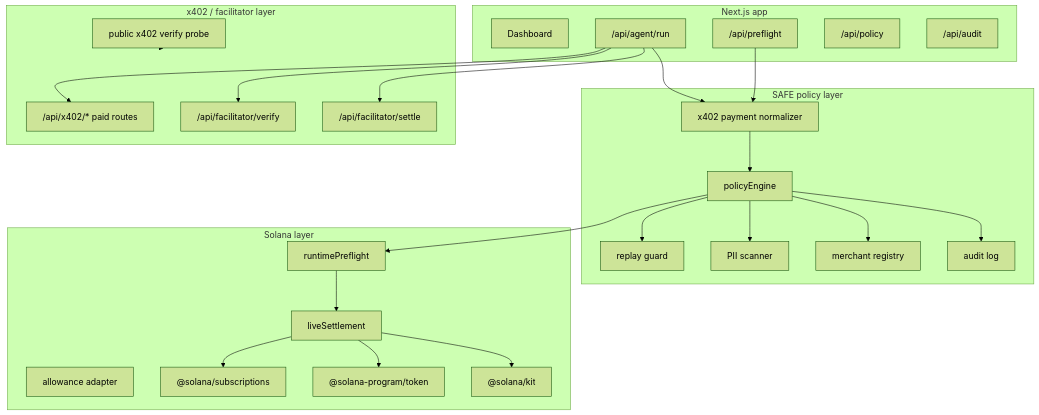
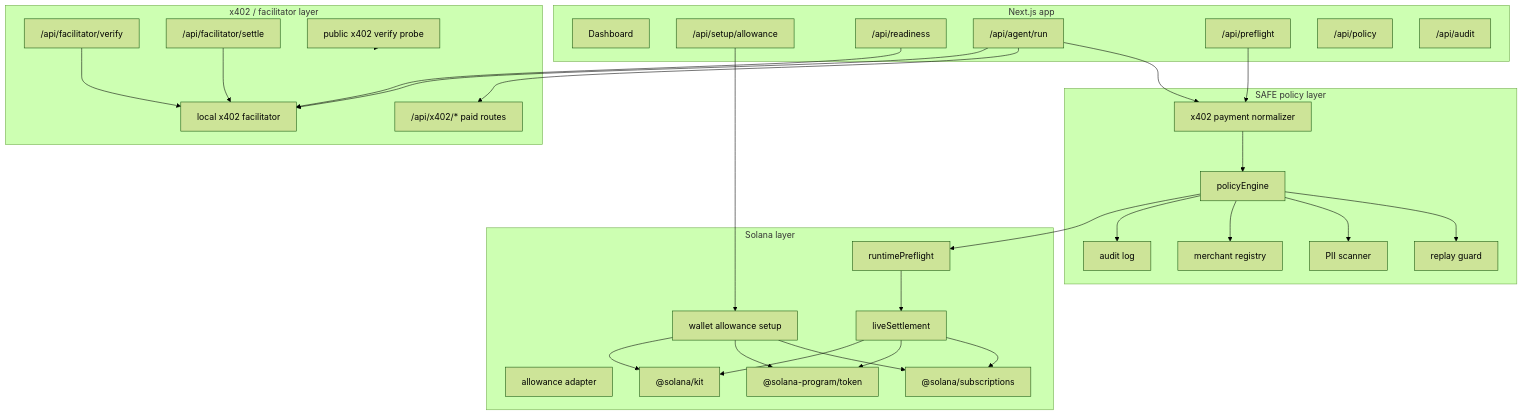
The second of 10 diagrams in architecture.md (Marcussy34/SAFE), drawn with Mermaid (forest theme) before and after one commit. The commit also changed other lines of this file and 27 other files, not shown here.

Commit message:
Update environment configuration, enhance documentation, and improve UI components for wallet-based allowance setup. Added local x402 facilitator support and refined payment flow diagrams. Adjusted styles for better visual consistency across the dashboard.

````diff
--- a/architecture.md
+++ b/architecture.md
@@ -54,52 +55,62 @@
 ```mermaid
 flowchart TB
   subgraph UI[Next.js app]
     Dashboard[Dashboard]
+    Setup["/api/setup/allowance"]
+    Readiness["/api/readiness"]
     AgentRun["/api/agent/run"]
     Preflight["/api/preflight"]
     PolicyAPI["/api/policy"]
     AuditAPI["/api/audit"]
   end
 
   subgraph Policy[SAFE policy layer]
     Normalizer[x402 payment normalizer]
     Engine[policyEngine]
     Replay[replay guard]
     PII[PII scanner]
     Registry[merchant registry]
     Audit[audit log]
   end
 
   subgraph SolanaLayer[Solana layer]
     Runtime[runtimePreflight]
     LiveSettlement[liveSettlement]
+    WalletSetup[wallet allowance setup]
     AllowanceAdapter[allowance adapter]
     Subscriptions["@solana/subscriptions"]
     Token["@solana-program/token"]
     Kit["@solana/kit"]
   end
 
   subgraph Payments[x402 / facilitator layer]
     X402Routes["/api/x402/* paid routes"]
     Verify["/api/facilitator/verify"]
     Settle["/api/facilitator/settle"]
+    LocalX402[local x402 facilitator]
     PublicProbe[public x402 verify probe]
   end
 
+  Setup --> WalletSetup
+  Readiness --> LocalX402
   AgentRun --> Normalizer
   Preflight --> Normalizer
   Normalizer --> Engine
   Engine --> Replay
   Engine --> PII
   Engine --> Registry
   Engine --> Audit
   Engine --> Runtime
   Runtime --> LiveSettlement
+  WalletSetup --> Subscriptions
+  WalletSetup --> Token
+  WalletSetup --> Kit
   LiveSettlement --> Subscriptions
   LiveSettlement --> Token
   LiveSettlement --> Kit
   AgentRun --> X402Routes
-  AgentRun --> Verify
-  AgentRun --> Settle
+  AgentRun --> LocalX402
+  Verify --> LocalX402
+  Settle --> LocalX402
   PublicProbe --> Payments
 ```
````
